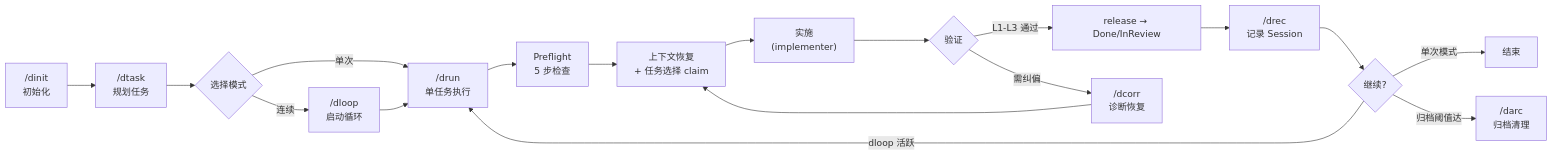
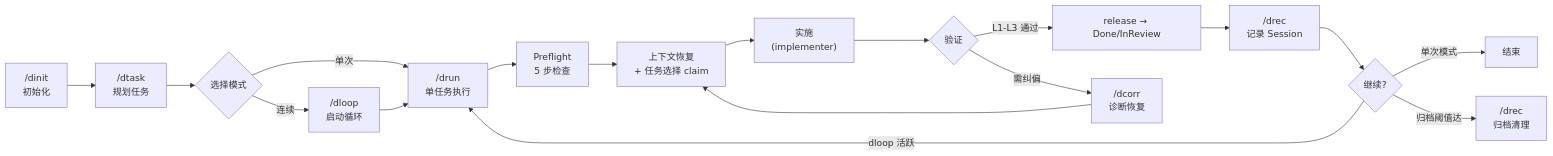
One commit to ssdiwu/diwu-flow changed the second of 4 diagrams in README.md. Above: the diagram before and after it, drawn with Mermaid. The commit also changed other lines of this file and 43 other files, not shown here.

````diff
--- a/README.md
+++ b/README.md
@@ -165,20 +164,20 @@
 ```mermaid
 flowchart LR
     A["/dinit<br/>初始化"] --> B["/dtask<br/>规划任务"]
     B --> C{选择模式}
     C -->|单次| D["/drun<br/>单任务执行"]
     C -->|连续| E["/dloop<br/>启动循环"]
     E --> D
     D --> F["Preflight<br/>5 步检查"]
     F --> G["上下文恢复<br/>+ 任务选择 claim"]
     G --> H["实施<br/>(implementer)"]
     H --> I{"验证"}
     I -->|L1-L3 通过| J["release → Done/InReview"]
     I -->|需纠偏| K["/dcorr<br/>诊断恢复"]
     K --> G
     J --> L["/drec<br/>记录 Session"]
     L --> M{继续?}
     M -->|dloop 活跃| D
     M -->|单次模式| N["结束"]
-    M -->|归档阈值达| O["/darc<br/>归档清理"]
+    M -->|归档阈值达| O["/drec<br/>归档清理"]
 ```
````
